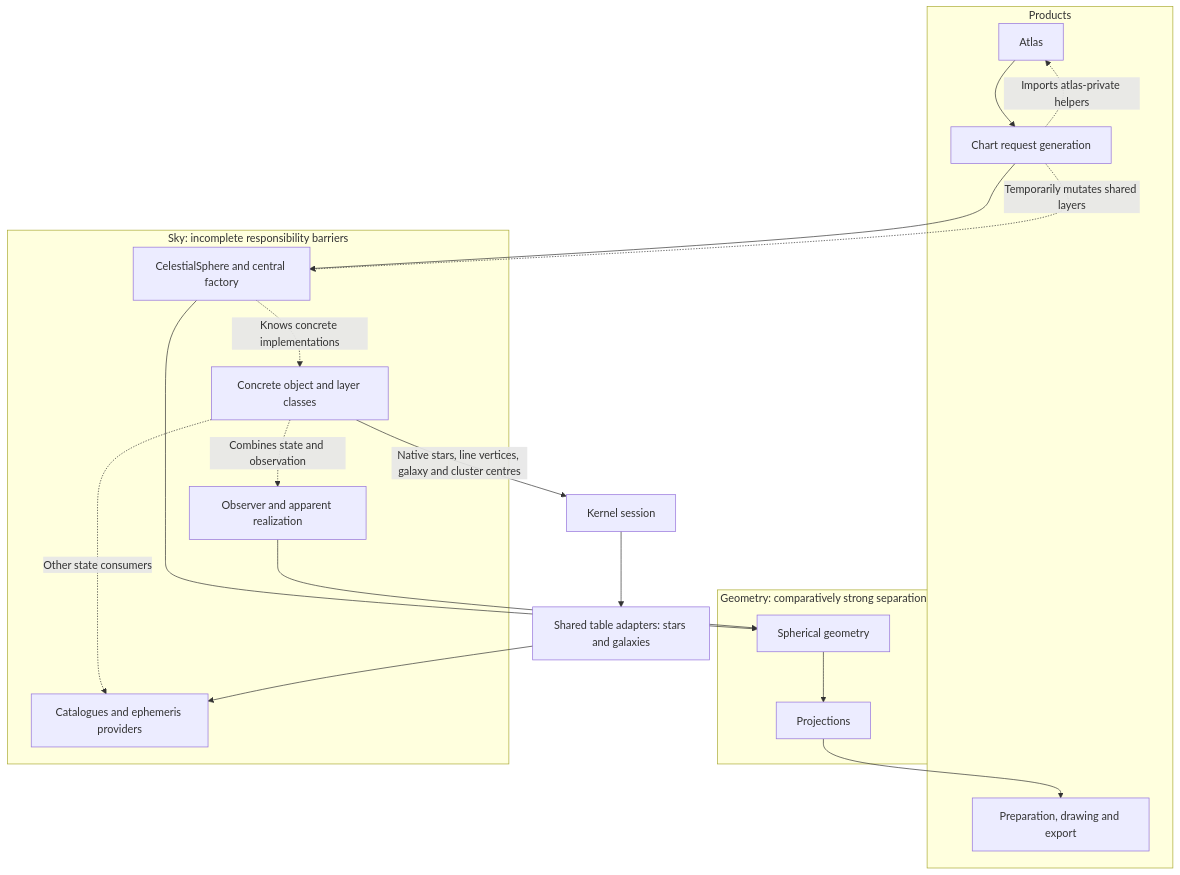
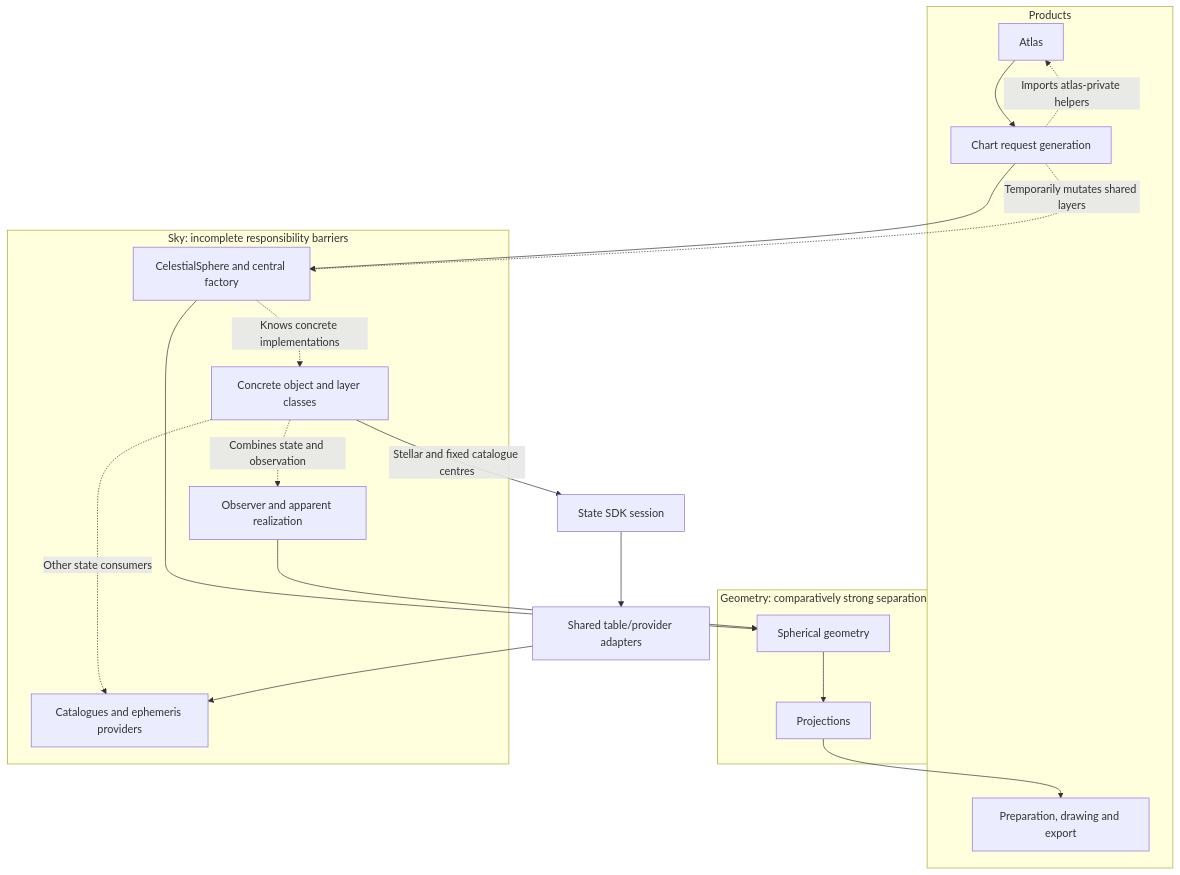
Before and after one commit to fselman/wenu: the first of 2 diagrams in docs/developer/kernel_roadmap_v0.9.5.md, drawn with Mermaid. The commit also changed other lines of this file and 11 other files, not shown here.

Commit message:
Document agreed shared-service kernel boundary and preserve accepted K work

````diff
--- a/docs/developer/kernel_roadmap_v0.9.5.md
+++ b/docs/developer/kernel_roadmap_v0.9.5.md
@@ -123,32 +125,32 @@
 ```mermaid
 flowchart TB
     subgraph Products["Products"]
         A["Atlas"]
         C["Chart request generation"]
         R["Preparation, drawing and export"]
     end
     subgraph Geometry["Geometry: comparatively strong separation"]
         P["Projections"]
         G["Spherical geometry"]
     end
     subgraph Sky["Sky: incomplete responsibility barriers"]
         S["CelestialSphere and central factory"]
         L["Concrete object and layer classes"]
         O["Observer and apparent realization"]
         D["Catalogues and ephemeris providers"]
     end
     A --> C
     C -. "Imports atlas-private helpers" .-> A
     C --> S
     S --> G
     G --> P
     P --> R
     S -. "Knows concrete implementations" .-> L
     C -. "Temporarily mutates shared layers" .-> S
     L -. "Other state consumers" .-> D
-    L -->|"Native stars, line vertices, galaxy and cluster centres"| K["Kernel session"]
-    K --> N["Shared table adapters: stars and galaxies"]
+    L -->|"Stellar and fixed catalogue centres"| K["State SDK session"]
+    K --> N["Shared table/provider adapters"]
     N --> D
     L -. "Combines state and observation" .-> O
     O --> G
 ```
````
